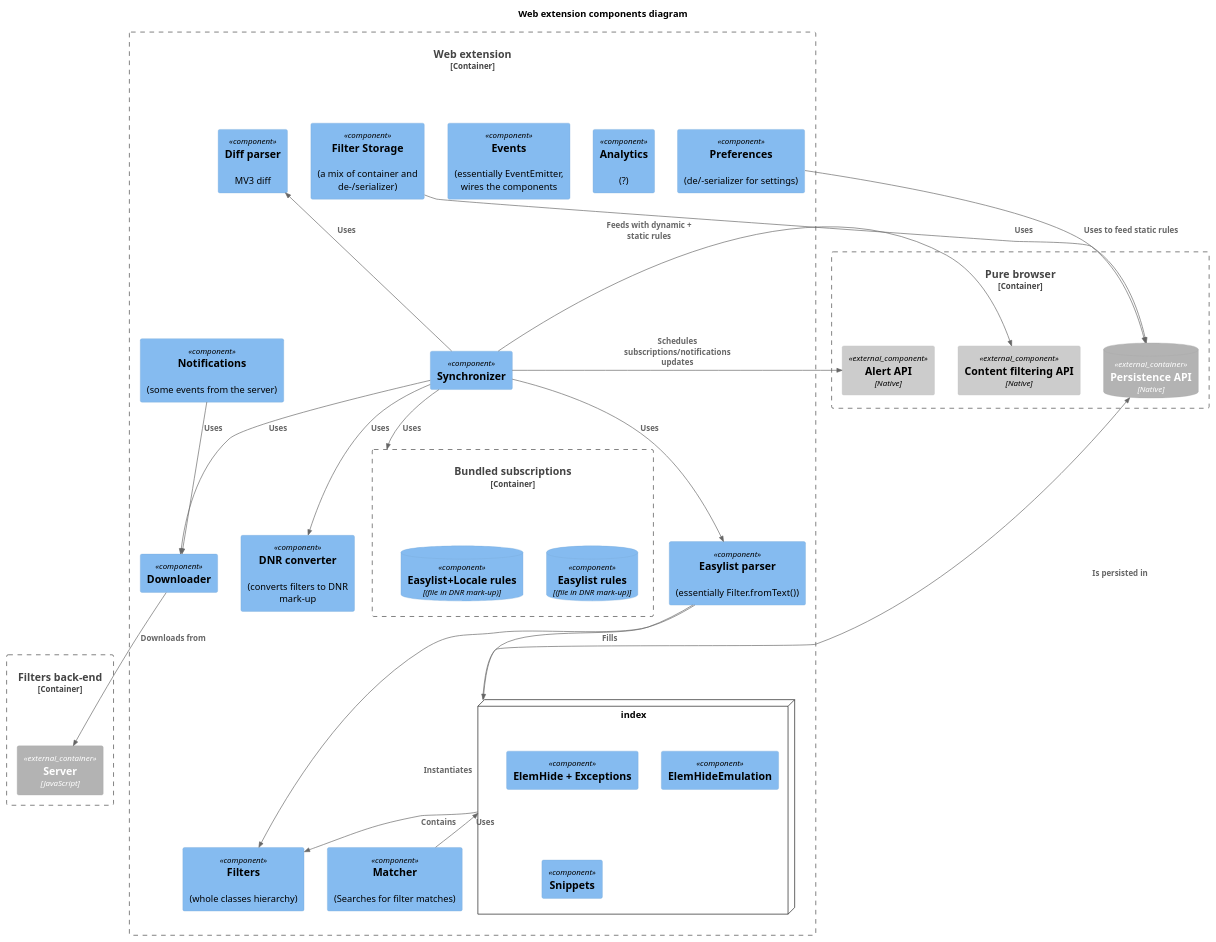
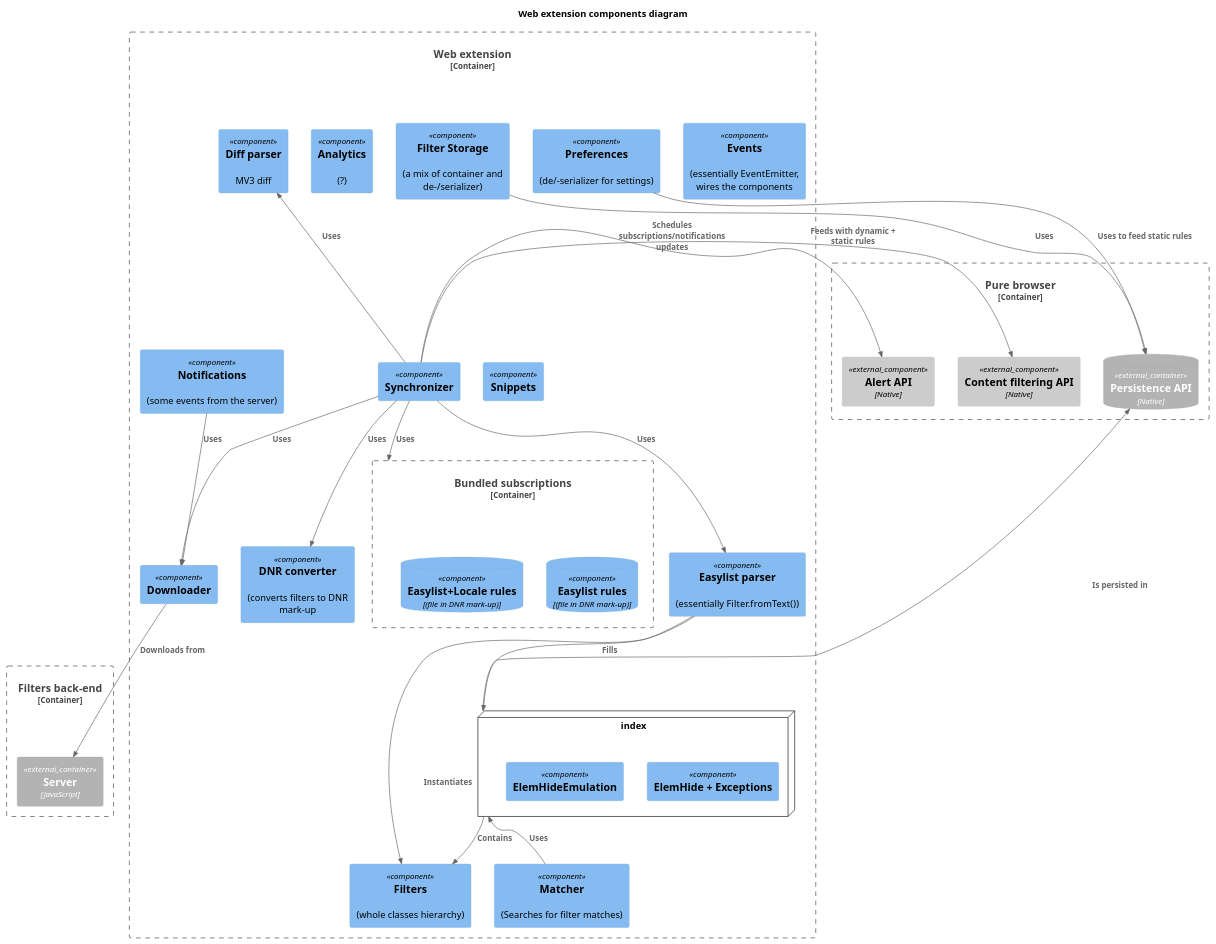
Before and after one commit to 4ntoine/mv3_spec_c4: the diagram in components_webext.puml, drawn with PlantUML. The commit also changed 1 other file, not shown here.

Commit message:
Add Snippets component

```diff
--- a/components_webext.puml
+++ b/components_webext.puml
@@ -1,64 +1,65 @@
 @startuml
 !include https://raw.githubusercontent.com/plantuml-stdlib/C4-PlantUML/master/C4_Container.puml
 !include https://raw.githubusercontent.com/plantuml-stdlib/C4-PlantUML/master/C4_Component.puml
 
 title Web extension components diagram
 
 ' container itself
 Container_Boundary(webext, "Web extension") {
   Component(analytics, "Analytics", "", "(?)")
   Component(events, "Events", "", "(essentially EventEmitter, wires the components")
   Component(filters, "Filters", "", "(whole classes hierarchy)")
   Component(easylistParser, "Easylist parser", "", "(essentially Filter.fromText())")
   Component(diffParser, "Diff parser", "", "MV3 diff")
   Component(synchronizer, "Synchronizer")
   Component(downloader, "Downloader")
   Component(dnrConverter, "DNR converter", "", "(converts filters to DNR mark-up")
   Component(matcher, "Matcher", "", "(Searches for filter matches)")
   
   Component(notifications, "Notifications", "", "(some events from the server)")
   Component(filterStorage, "Filter Storage", "", "(a mix of container and de-/serializer)")
   Component(prefs, "Preferences", "", "(de/-serializer for settings)")
+  Component(snippets, "Snippets", "", "(?)")
 
   node index {
     Component(elemHide, "ElemHide + Exceptions")
     Component(elemHideEmu, "ElemHideEmulation")
     Component(snippets, "Snippets")
   }
 
   Container_Boundary(bundled_subscriptions, "Bundled subscriptions") {
     ComponentDb(sub1_dnr_rules, "Easylist rules", "(file in DNR mark-up)")
     ComponentDb(sub2_dnr_rules, "Easylist+Locale rules", "(file in DNR mark-up)")
   }
 }
 
 ' external container
 Container_Boundary(browser, "Pure browser", "") {
   ContainerDb_Ext(persistence, "Persistence API", "Native")
   Component_Ext(schedulers, "Alert API", "Native")
   Component_Ext(browserCore, "Content filtering API", "Native")
 }
 
 ' external container
 Container_Boundary(backEnd, "Filters back-end", "") {
   Container_Ext(server, "Server", "JavaScript")
 }
 
 ' relations
 Rel(synchronizer, downloader, "Uses")
 Rel(synchronizer, easylistParser, "Uses")
 Rel_U(synchronizer, diffParser, "Uses")
 Rel_U(synchronizer, schedulers, "Schedules subscriptions/notifications updates")
 Rel(synchronizer, dnrConverter, "Uses")
 Rel_U(synchronizer, browserCore, "Feeds with dynamic + static rules")
 Rel(synchronizer, bundled_subscriptions, "Uses")
 Rel(easylistParser, filters, "Instantiates")
 Rel(easylistParser, index, "Fills")
 Rel(index, filters, "Contains")
 Rel_U(index, persistence, "Is persisted in")
 Rel(downloader, server, "Downloads from")
 Rel_U(matcher, index, "Uses")
 Rel(notifications, downloader, "Uses")
 Rel(filterStorage, persistence, "Uses")
 Rel(prefs, persistence, "Uses to feed static rules")
 @enduml
```
